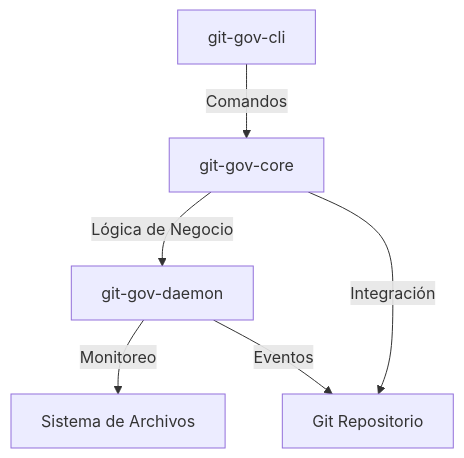
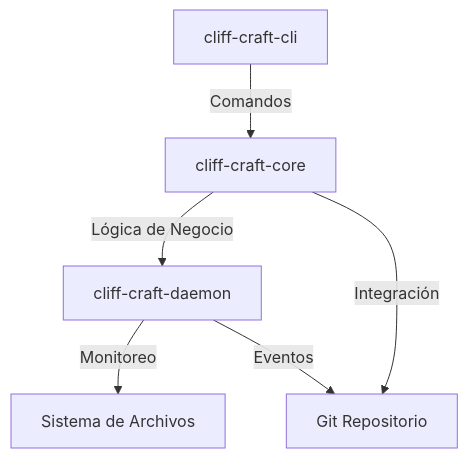
One commit to iodevs-net/git-gov changed the diagram in docs/phase2/definicion_modulos.md. Above: the diagram before and after it, drawn with Mermaid. The commit also changed other lines of this file and 96 other files, not shown here.

Commit message:
refactor: renacimiento global de la marca a Cliff-Craft 🐈⚒️

````diff
--- a/docs/phase2/definicion_modulos.md
+++ b/docs/phase2/definicion_modulos.md
@@ -146,8 +146,8 @@
 ```mermaid
 graph TD
-    A[git-gov-cli] -->|Comandos| B[git-gov-core]
-    B -->|Lógica de Negocio| C[git-gov-daemon]
+    A[cliff-craft-cli] -->|Comandos| B[cliff-craft-core]
+    B -->|Lógica de Negocio| C[cliff-craft-daemon]
     C -->|Monitoreo| D[Sistema de Archivos]
     C -->|Eventos| E[Git Repositorio]
     B -->|Integración| E
 ```
````
